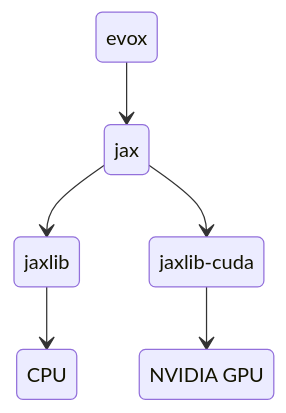
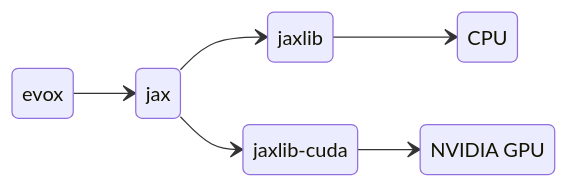
Before and after one commit to EMI-Group/evox: the first of 2 diagrams in docs/source/guide/install.md, drawn with Mermaid. The commit also changed other lines of this file, not shown here.

````diff
--- a/docs/source/guide/install.md
+++ b/docs/source/guide/install.md
@@ -29,11 +29,13 @@
 ```{mermaid}
 stateDiagram-v2
     jaxlibCuda : jaxlib-cuda
     gpu : NVIDIA GPU
+
+    direction LR
 
     evox --> jax
     jax --> jaxlib
     jax --> jaxlibCuda
     jaxlib --> CPU
     jaxlibCuda --> gpu
 ```
````
